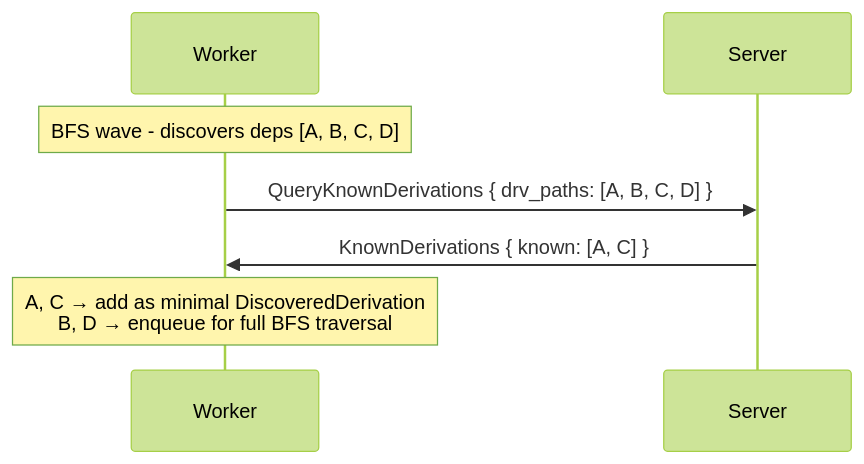
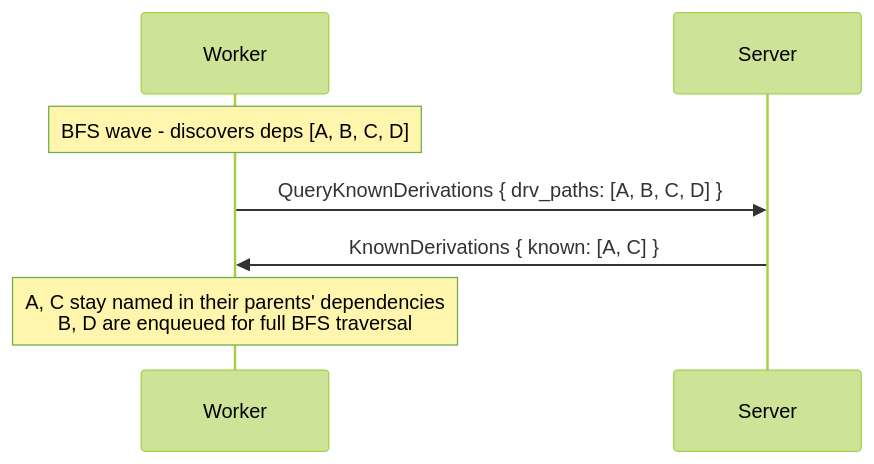
Before and after one commit to wavelens/gradient: diagram 14 of 26 in docs/src/development/proto.md, drawn with Mermaid (forest theme). The commit also changed other lines of this file and 4 other files, not shown here.

````diff
--- a/docs/src/development/proto.md
+++ b/docs/src/development/proto.md
@@ -753,10 +750,10 @@
 ```mermaid
 sequenceDiagram
     participant W as Worker
     participant S as Server
 
     Note over W: BFS wave - discovers deps [A, B, C, D]
     W->>S: QueryKnownDerivations { drv_paths: [A, B, C, D] }
     S->>W: KnownDerivations { known: [A, C] }
-    Note over W: A, C → add as minimal DiscoveredDerivation<br/>B, D → enqueue for full BFS traversal
+    Note over W: A, C stay named in their parents' dependencies<br/>B, D are enqueued for full BFS traversal
 ```
````
